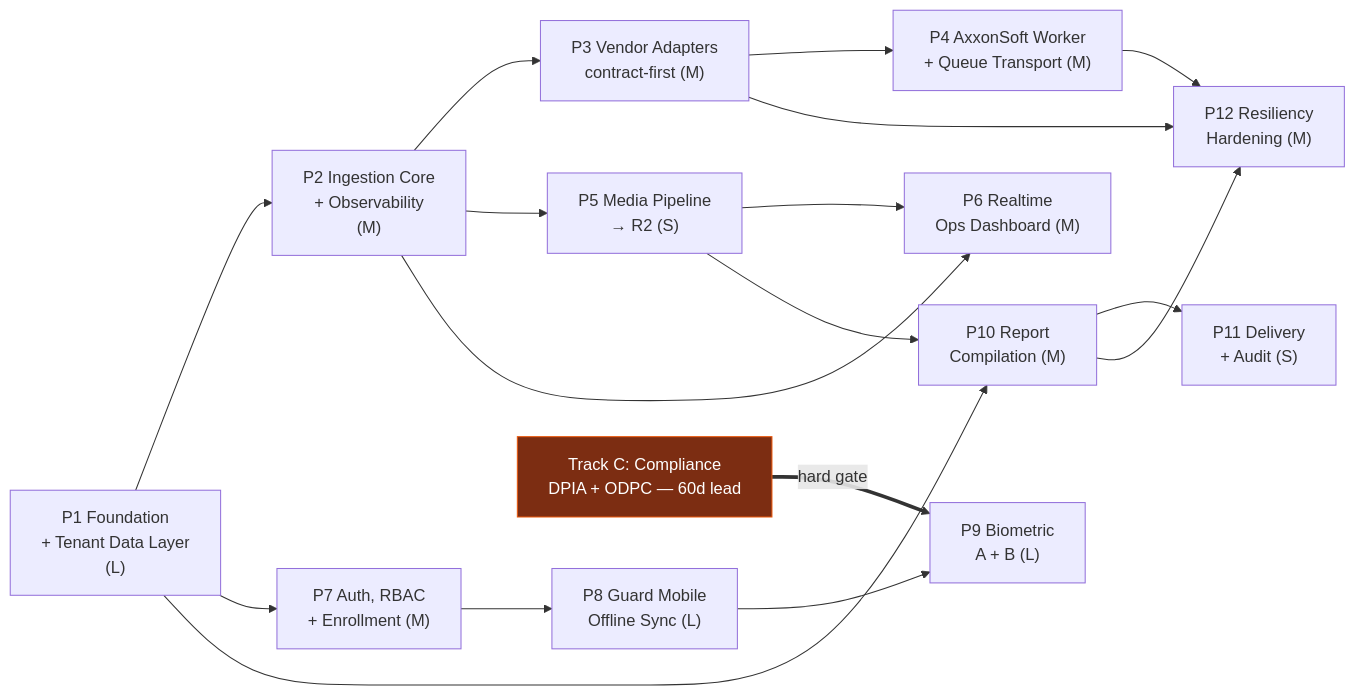
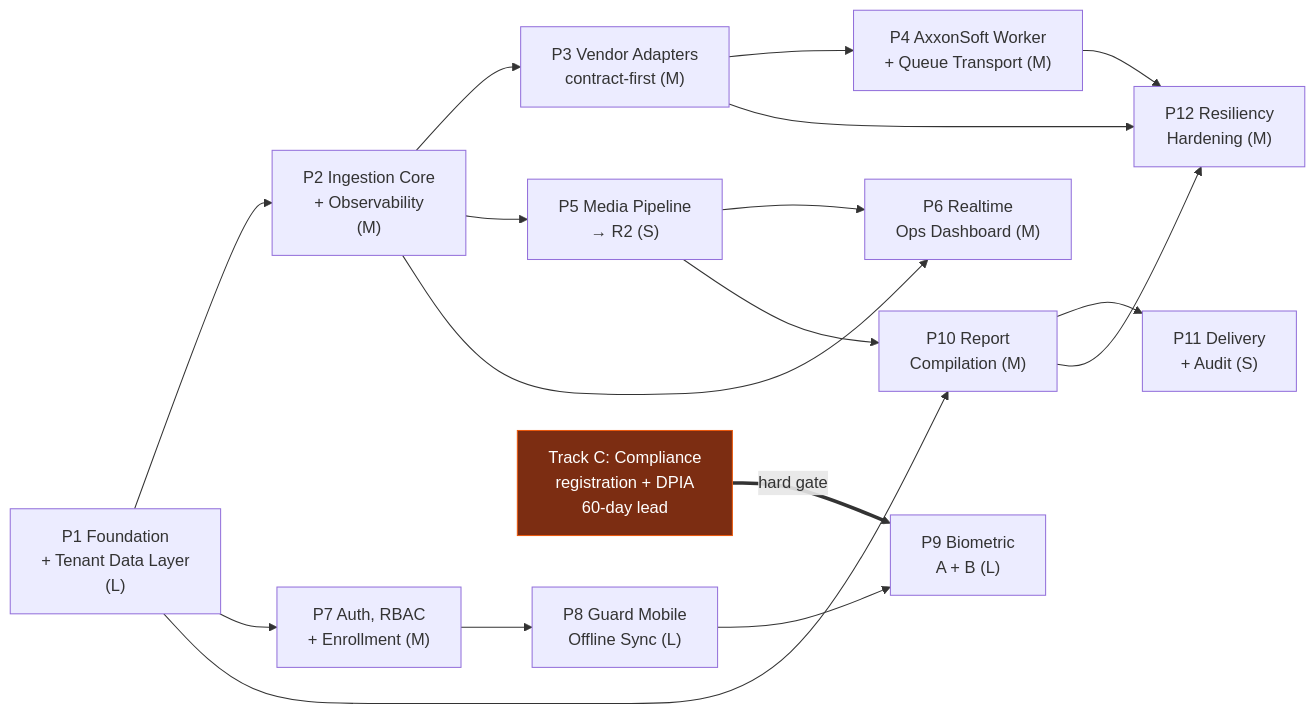
The diagram in docs/architecture/03-PHASED-BUILD-PLAN.md (fleetsatpro/UltimateFleet), drawn with Mermaid before and after one commit. The commit also changed other lines of this file and 3 other files, not shown here.

````diff
--- a/docs/architecture/03-PHASED-BUILD-PLAN.md
+++ b/docs/architecture/03-PHASED-BUILD-PLAN.md
@@ -12,31 +12,31 @@
 ```mermaid
 flowchart LR
   P1["P1 Foundation<br/>+ Tenant Data Layer<br/>(L)"]
   P2["P2 Ingestion Core<br/>+ Observability<br/>(M)"]
   P3["P3 Vendor Adapters<br/>contract-first (M)"]
   P4["P4 AxxonSoft Worker<br/>+ Queue Transport (M)"]
   P5["P5 Media Pipeline<br/>→ R2 (S)"]
   P6["P6 Realtime<br/>Ops Dashboard (M)"]
   P7["P7 Auth, RBAC<br/>+ Enrollment (M)"]
   P8["P8 Guard Mobile<br/>Offline Sync (L)"]
   P9["P9 Biometric<br/>A + B (L)"]
   P10["P10 Report<br/>Compilation (M)"]
   P11["P11 Delivery<br/>+ Audit (S)"]
   P12["P12 Resiliency<br/>Hardening (M)"]
 
-  TC["Track C: Compliance<br/>DPIA + ODPC — 60d lead"]
+  TC["Track C: Compliance<br/>registration + DPIA<br/>60-day lead"]
 
   P1 --> P2 --> P3 --> P4
   P2 --> P5 --> P6
   P2 --> P6
   P1 --> P7 --> P8 --> P9
   P1 --> P10
   P5 --> P10 --> P11
   P3 --> P12
   P4 --> P12
   P10 --> P12
   TC ==>|hard gate| P9
 
   classDef gate fill:#7c2d12,stroke:#ea580c,color:#fff
   class TC gate
 ```
````
